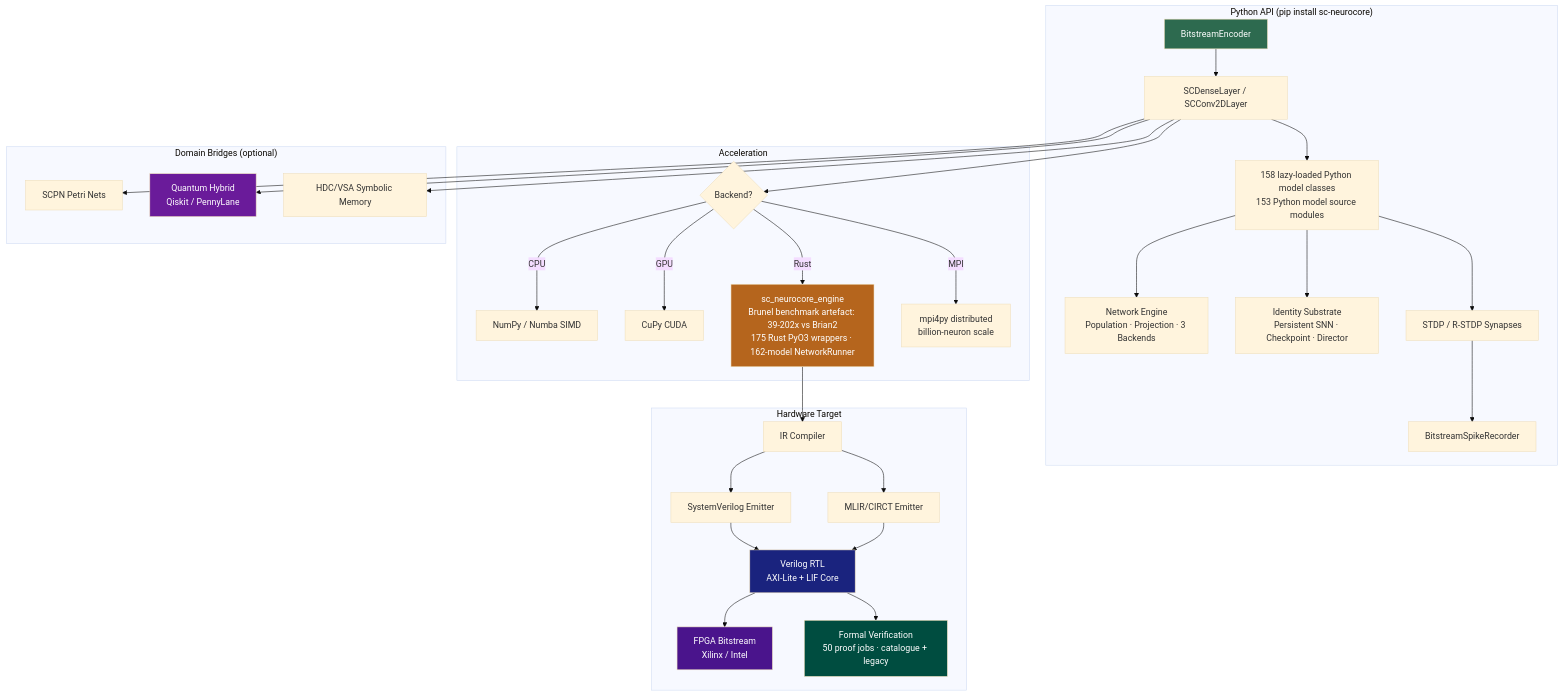
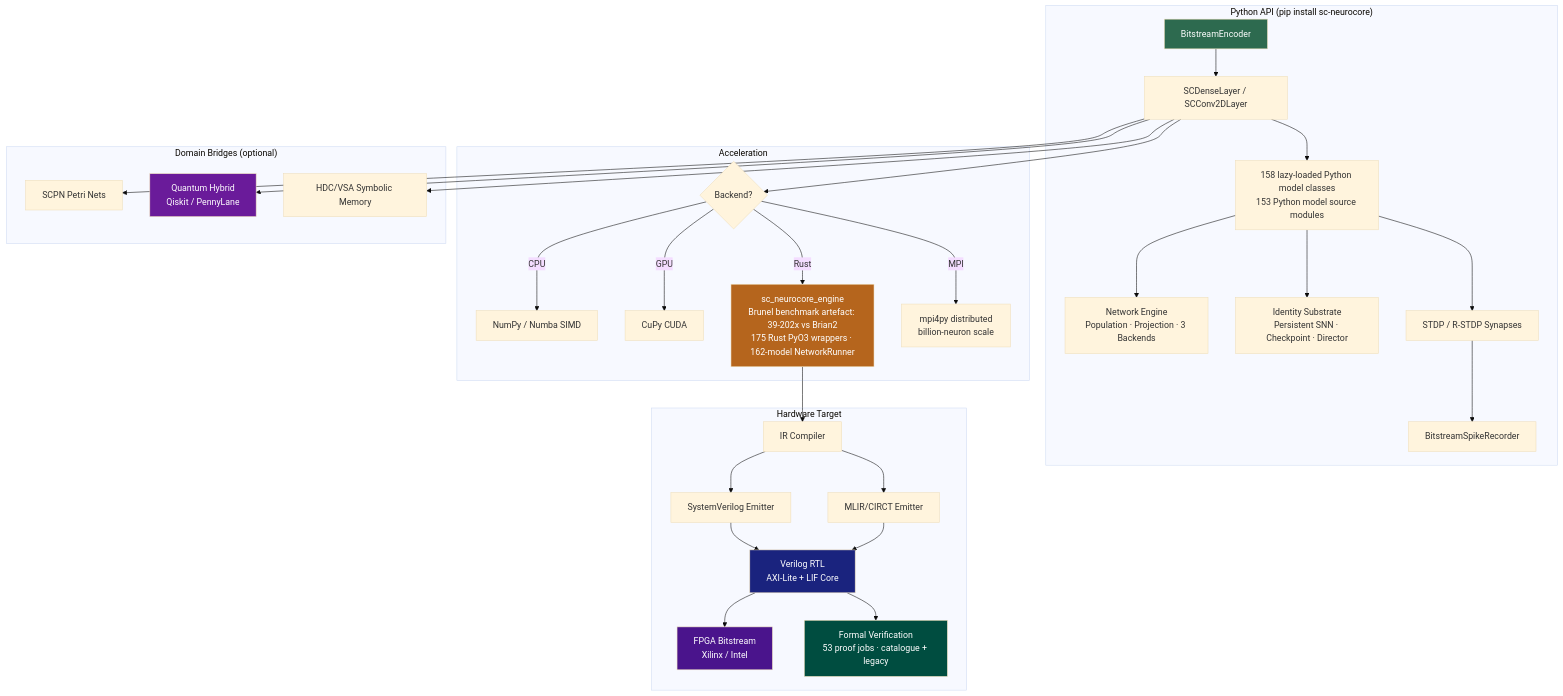
The diagram in README.md (anulum/sc-neurocore), drawn with Mermaid (base theme) before and after one commit. The commit also changed other lines of this file and 57 other files, not shown here.

````diff
--- a/README.md
+++ b/README.md
@@ -365,42 +365,42 @@
 ```mermaid
 graph TD
     subgraph "Python API (pip install sc-neurocore)"
         A[BitstreamEncoder] --> B[SCDenseLayer / SCConv2DLayer]
         B --> C[158 lazy-loaded Python model classes<br/>153 Python model source modules]
         C --> NET[Network Engine<br/>Population · Projection · 3 Backends]
         C --> ID[Identity Substrate<br/>Persistent SNN · Checkpoint · Director]
         C --> D[STDP / R-STDP Synapses]
         D --> E[BitstreamSpikeRecorder]
     end
 
     subgraph "Acceleration"
         B --> F{Backend?}
         F -->|CPU| G[NumPy / Numba SIMD]
         F -->|GPU| H[CuPy CUDA]
         F -->|Rust| I[sc_neurocore_engine<br/>Brunel benchmark artefact: 39-202x vs Brian2<br/>175 Rust PyO3 wrappers · 162-model NetworkRunner]
         F -->|MPI| MPI[mpi4py distributed<br/>billion-neuron scale]
     end
 
     subgraph "Hardware Target"
         I --> J[IR Compiler]
         J --> K[SystemVerilog Emitter]
         J --> K2[MLIR/CIRCT Emitter]
         K --> L[Verilog RTL<br/>AXI-Lite + LIF Core]
         K2 --> L
         L --> M[FPGA Bitstream<br/>Xilinx / Intel]
-        L --> V[Formal Verification<br/>50 proof jobs · catalogue + legacy]
+        L --> V[Formal Verification<br/>53 proof jobs · catalogue + legacy]
     end
 
     subgraph "Domain Bridges (optional)"
         B --> N[SCPN Petri Nets]
         B --> O[Quantum Hybrid<br/>Qiskit / PennyLane]
         B --> P[HDC/VSA Symbolic Memory]
     end
 
     style A fill:#2d6a4f,color:#fff
     style I fill:#b5651d,color:#fff
     style L fill:#1a237e,color:#fff
     style M fill:#4a148c,color:#fff
     style O fill:#6a1b9a,color:#fff
     style V fill:#004d40,color:#fff
 ```
````
